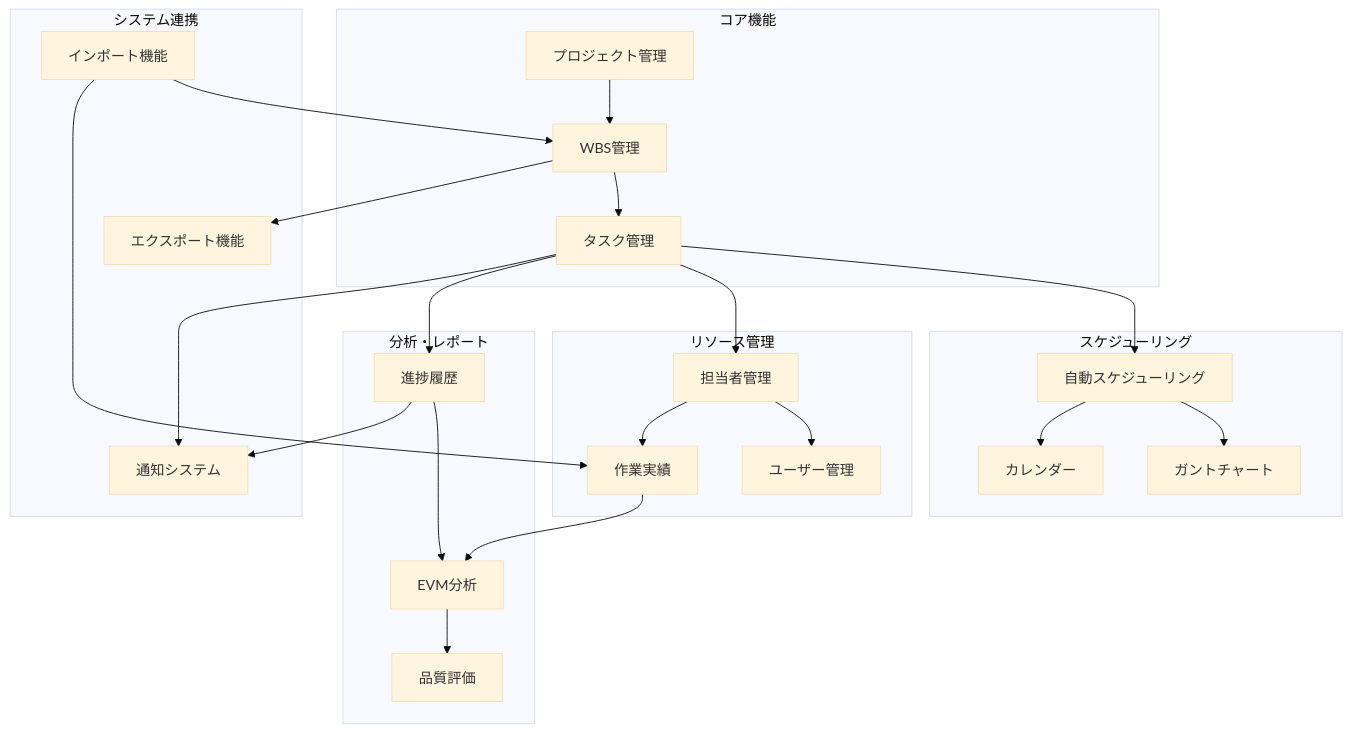
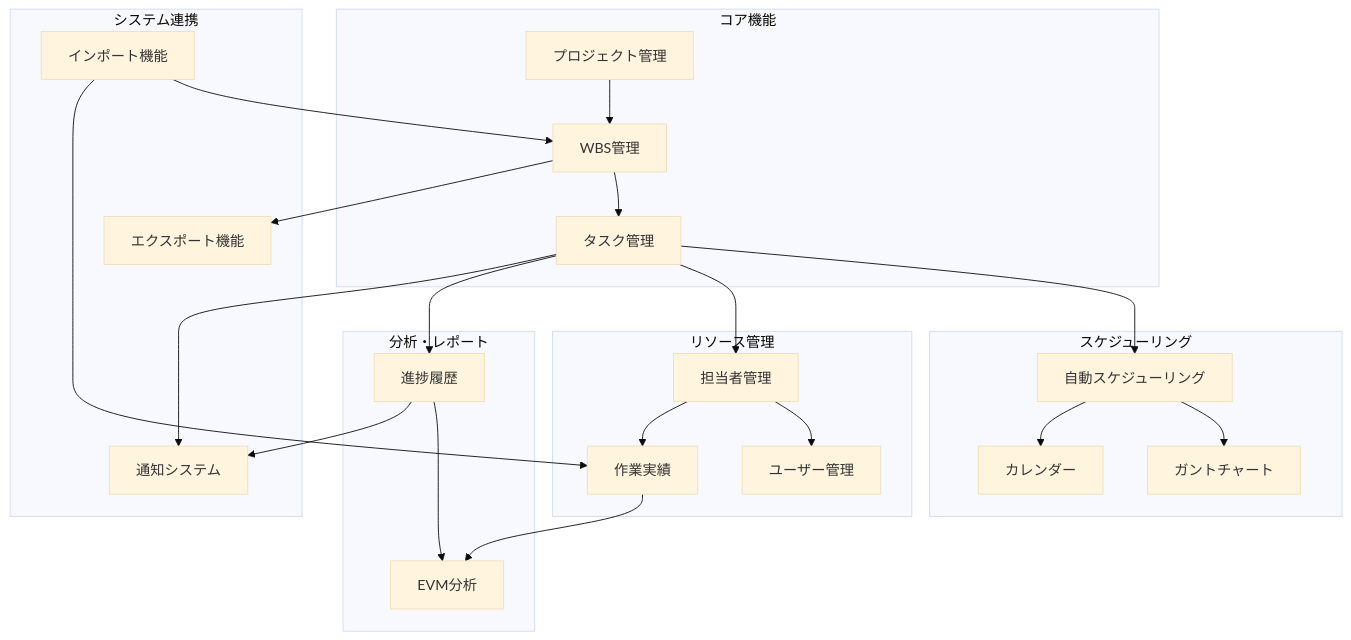
One commit to yasudaProduct/project-managed-app changed the ninth of 12 diagrams in docs/07-system-architecture.md. Above: the diagram before and after it, drawn with Mermaid (base theme). The commit also changed 53 other files, not shown here.

````diff
--- a/docs/07-system-architecture.md
+++ b/docs/07-system-architecture.md
@@ -379,50 +379,48 @@
 ```mermaid
 graph TB
     subgraph "コア機能"
         PM[プロジェクト管理]
         WM[WBS管理]
         TM[タスク管理]
     end
 
     subgraph "スケジューリング"
         AS[自動スケジューリング]
         GC[ガントチャート]
         CAL[カレンダー]
     end
 
     subgraph "リソース管理"
         UM[ユーザー管理]
         AM[担当者管理]
         WR[作業実績]
     end
 
     subgraph "分析・レポート"
         EVM[EVM分析]
         PH[進捗履歴]
-        QA[品質評価]
     end
 
     subgraph "システム連携"
         IMP[インポート機能]
         EXP[エクスポート機能]
         NOT[通知システム]
     end
 
     PM --> WM
     WM --> TM
     TM --> AS
     AS --> GC
     AS --> CAL
     TM --> AM
     AM --> UM
     AM --> WR
     WR --> EVM
     TM --> PH
     PH --> EVM
-    EVM --> QA
     IMP --> WM
     IMP --> WR
     WM --> EXP
     PH --> NOT
     TM --> NOT
 ```
````
